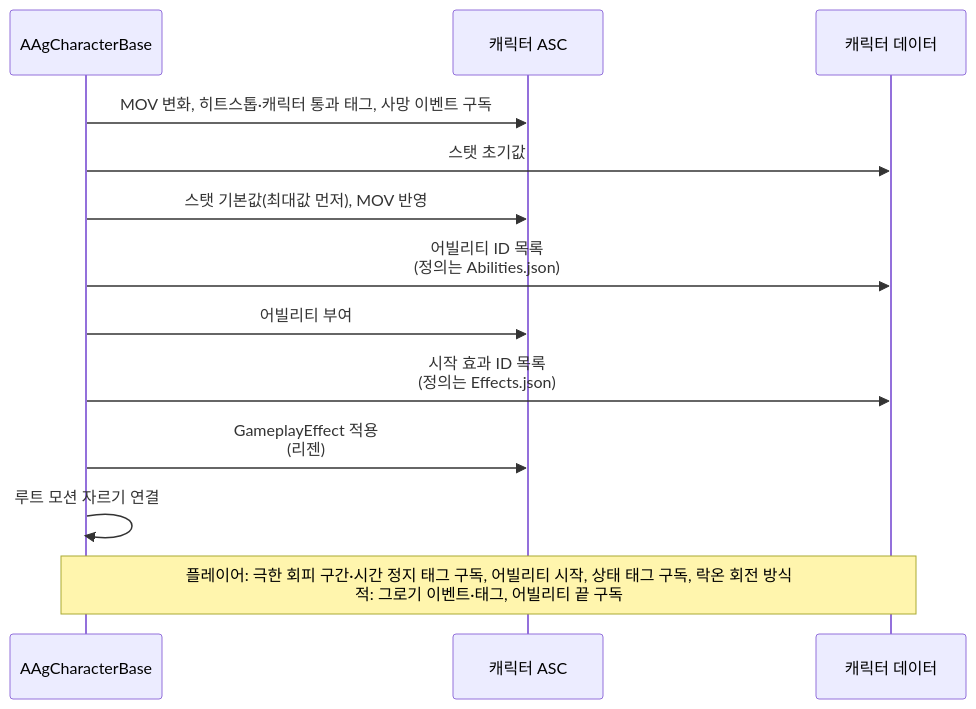
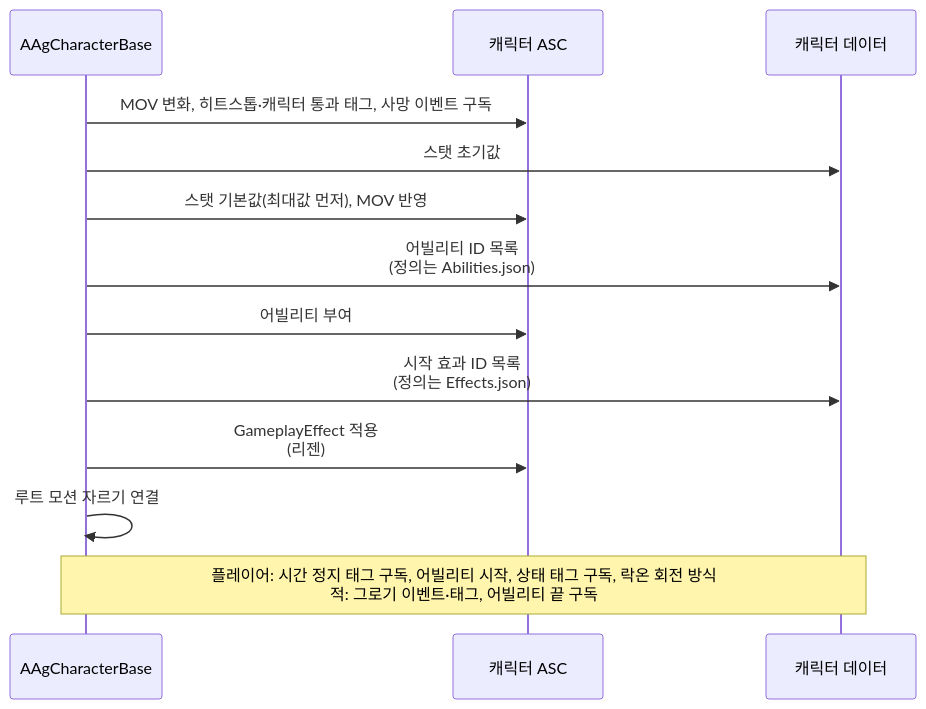
Before and after one commit to Woogl/Ag: the fourth of 6 diagrams in Docs/Architecture/캐릭터 기반 구조와 GAS.md, drawn with Mermaid. The commit also changed other lines of this file and 14 other files, not shown here.

````diff
--- a/Docs/Architecture/캐릭터 기반 구조와 GAS.md
+++ b/Docs/Architecture/캐릭터 기반 구조와 GAS.md
@@ -236,15 +235,15 @@
 ```mermaid
 sequenceDiagram
     participant C as AAgCharacterBase
     participant ASC as 캐릭터 ASC
     participant D as 캐릭터 데이터
     C->>ASC: MOV 변화, 히트스톱·캐릭터 통과 태그, 사망 이벤트 구독
     C->>D: 스탯 초기값
     C->>ASC: 스탯 기본값(최대값 먼저), MOV 반영
     C->>D: 어빌리티 ID 목록<br>(정의는 Abilities.json)
     C->>ASC: 어빌리티 부여
     C->>D: 시작 효과 ID 목록<br>(정의는 Effects.json)
     C->>ASC: GameplayEffect 적용<br>(리젠)
     C->>C: 루트 모션 자르기 연결
-    Note over C,D: 플레이어: 극한 회피 구간·시간 정지 태그 구독, 어빌리티 시작, 상태 태그 구독, 락온 회전 방식<br>적: 그로기 이벤트·태그, 어빌리티 끝 구독
+    Note over C,D: 플레이어: 시간 정지 태그 구독, 어빌리티 시작, 상태 태그 구독, 락온 회전 방식<br>적: 그로기 이벤트·태그, 어빌리티 끝 구독
 ```
````
